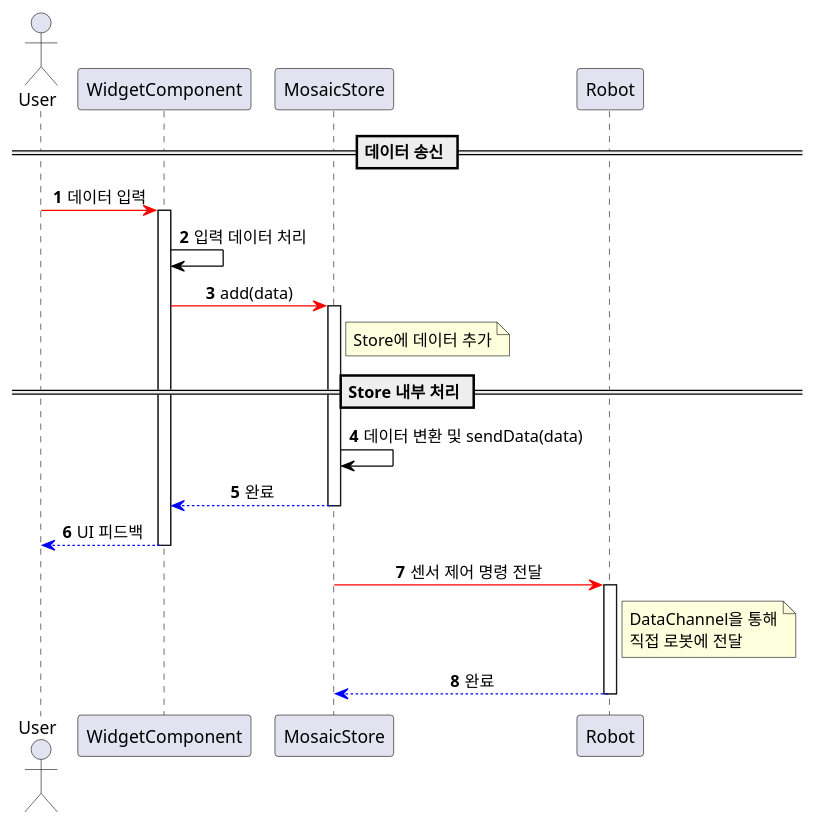
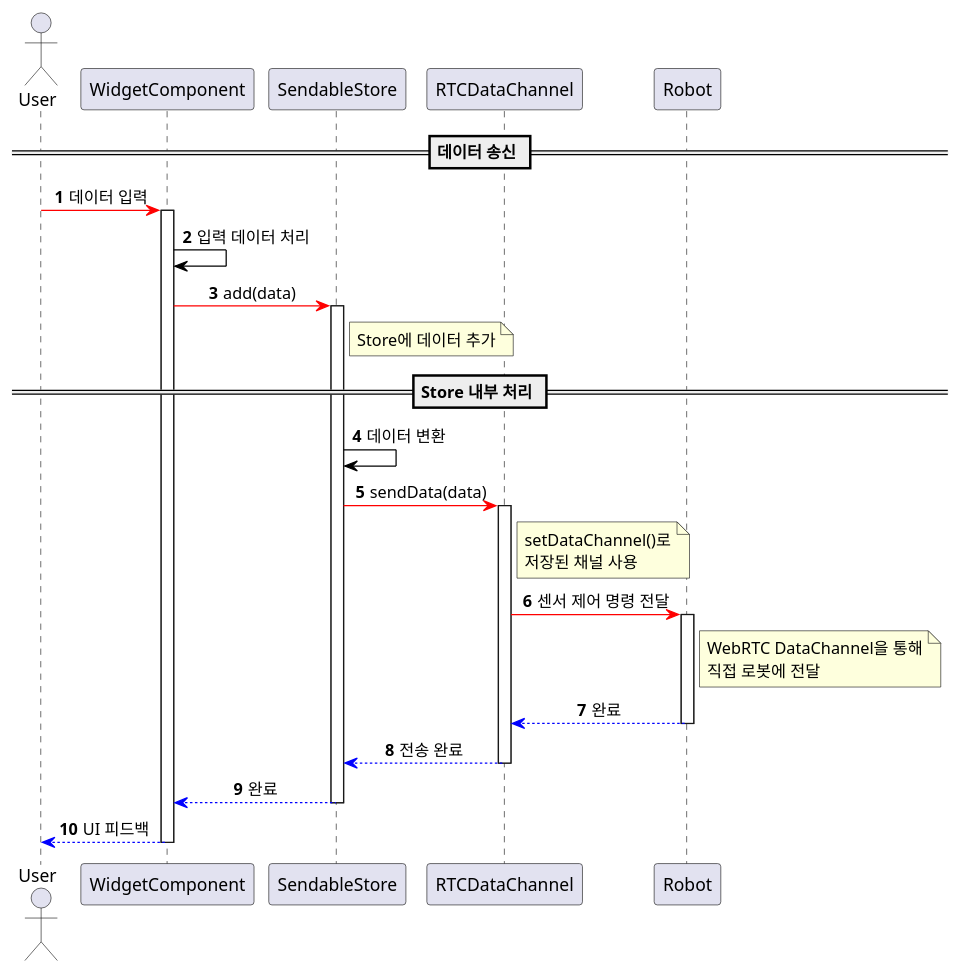
The diagram in diagram/sequence_data_transmit.puml (ACSL-MOSAIC/MOSAIC-Server), drawn with PlantUML before and after one commit. The commit also changed 1 other file, not shown here.

Commit message:
modify: data_receive & transmit sequence

```diff
--- a/diagram/sequence_data_transmit.puml
+++ b/diagram/sequence_data_transmit.puml
@@ -1,39 +1,47 @@
 @startuml
 skinparam sequenceMessageAlign center
 skinparam maxMessageSize 250
 autonumber
 
 actor User
 participant "WidgetComponent" as WidgetComponent
-participant "MosaicStore" as MosaicStore
+participant "SendableStore" as SendableStore
+participant "RTCDataChannel" as RTCDataChannel
 participant "Robot" as Robot
 
 == 데이터 송신 ==
 
 User -[#red]> WidgetComponent: 데이터 입력
 activate WidgetComponent
 
 WidgetComponent -[#black]> WidgetComponent: 입력 데이터 처리
 
-WidgetComponent -[#red]> MosaicStore: add(data)
-activate MosaicStore
-note right of MosaicStore: Store에 데이터 추가
+WidgetComponent -[#red]> SendableStore: add(data)
+activate SendableStore
+note right of SendableStore: Store에 데이터 추가
 
 == Store 내부 처리 ==
 
-MosaicStore -[#black]> MosaicStore: 데이터 변환 및 sendData(data)
+SendableStore -[#black]> SendableStore: 데이터 변환
 
-MosaicStore --[#blue]> WidgetComponent: 완료
-deactivate MosaicStore
+
+SendableStore -[#red]> RTCDataChannel: sendData(data)
+activate RTCDataChannel
+note right of RTCDataChannel: setDataChannel()로\n저장된 채널 사용
+
+RTCDataChannel -[#red]> Robot: 센서 제어 명령 전달
+activate Robot
+note right of Robot: WebRTC DataChannel을 통해\n직접 로봇에 전달
+
+Robot --[#blue]> RTCDataChannel: 완료
+deactivate Robot
+
+RTCDataChannel --[#blue]> SendableStore: 전송 완료
+deactivate RTCDataChannel
+
+SendableStore --[#blue]> WidgetComponent: 완료
+deactivate SendableStore
 
 WidgetComponent --[#blue]> User: UI 피드백
 deactivate WidgetComponent
-
-MosaicStore -[#red]> Robot: 센서 제어 명령 전달
-activate Robot
-note right of Robot: DataChannel을 통해\n직접 로봇에 전달
-
-Robot --[#blue]> MosaicStore: 완료
-deactivate Robot
-
 @enduml
```
